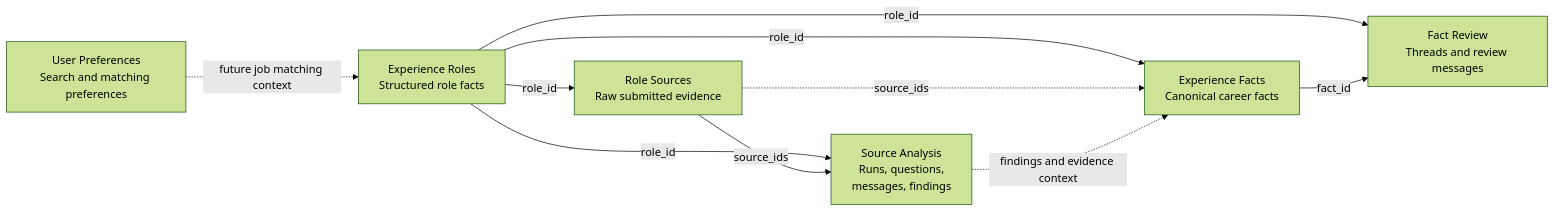
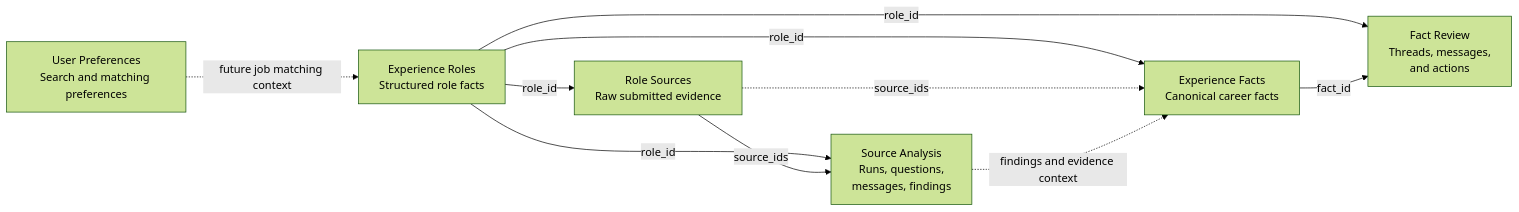
The first of 8 diagrams in docs/diagrams.md (rsauers0/career-agent), drawn with Mermaid (forest theme) before and after one commit. The commit also changed other lines of this file and 18 other files, not shown here.

First line of the commit message:
Add fact review action workflow

````diff
--- a/docs/diagrams.md
+++ b/docs/diagrams.md
@@ -12,20 +12,20 @@
 ```mermaid
 flowchart LR
     UserPreferences["User Preferences<br/>Search and matching preferences"]
     ExperienceRoles["Experience Roles<br/>Structured role facts"]
     RoleSources["Role Sources<br/>Raw submitted evidence"]
     SourceAnalysis["Source Analysis<br/>Runs, questions,<br/>messages, findings"]
     ExperienceFacts["Experience Facts<br/>Canonical career facts"]
-    FactReview["Fact Review<br/>Threads and review messages"]
+    FactReview["Fact Review<br/>Threads, messages,<br/>and actions"]
 
     ExperienceRoles -->|"role_id"| RoleSources
     ExperienceRoles -->|"role_id"| SourceAnalysis
     RoleSources -->|"source_ids"| SourceAnalysis
     ExperienceRoles -->|"role_id"| ExperienceFacts
     ExperienceRoles -->|"role_id"| FactReview
     ExperienceFacts -->|"fact_id"| FactReview
     RoleSources -. "source_ids" .-> ExperienceFacts
     SourceAnalysis -. "findings and evidence context" .-> ExperienceFacts
 
     UserPreferences -. "future job matching context" .-> ExperienceRoles
 ```
````
